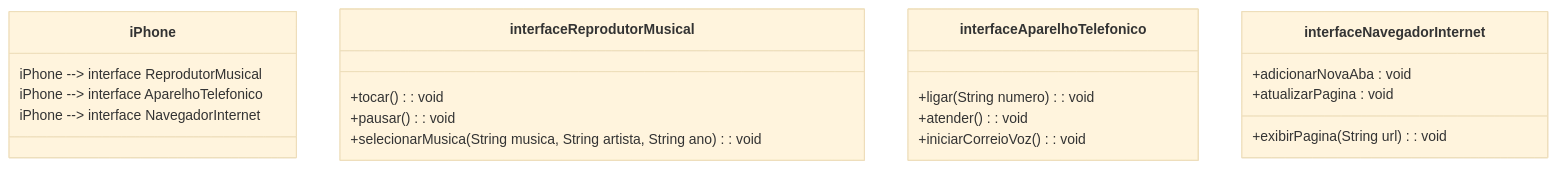
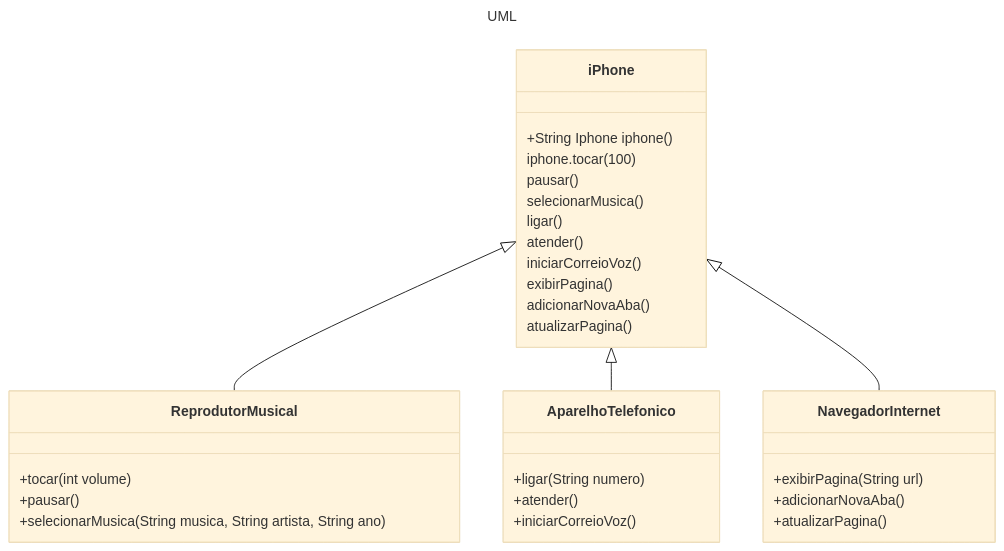
Before and after one commit to lipesc/dio_santander_2024_backend_java: the diagram in poodio/README.md, drawn with Mermaid (base theme).

Commit message:
Update README.md
update mermaid

````diff
--- a/poodio/README.md
+++ b/poodio/README.md
@@ -5,26 +5,38 @@
 ```mermaid
+---
+title: UML
+---
 classDiagram
-
-    class iPhone {
-    iPhone --> interface ReprodutorMusical
-    iPhone --> interface AparelhoTelefonico 
-    iPhone --> interface NavegadorInternet 
- }
-        class interface ReprodutorMusical {
-        +tocar() : void
-        +pausar() : void
-        +selecionarMusica(String musica, String artista, String ano) : void
-        }
-        class interface AparelhoTelefonico {
-        +ligar(String numero) : void
-        +atender() : void
-        +iniciarCorreioVoz() : void
-        }
-        class interface NavegadorInternet {
-        +exibirPagina(String url) : void
-        +adicionarNovaAba : void
-        +atualizarPagina : void
-        }
+  
+    iPhone<|-- ReprodutorMusical
+    
+    iPhone<|-- AparelhoTelefonico
+    iPhone<|-- NavegadorInternet
+    iPhone: +String Iphone iphone()
+    iPhone: iphone.tocar(100)
+    iPhone: pausar()
+    iPhone: selecionarMusica()
+    iPhone: ligar()
+    iPhone: atender()
+    iPhone: iniciarCorreioVoz()
+    iPhone: exibirPagina()
+    iPhone: adicionarNovaAba()
+    iPhone: atualizarPagina()
+    class ReprodutorMusical{
+        +tocar(int volume)
+        +pausar()
+        +selecionarMusica(String musica, String artista, String ano)
+    }
+    class AparelhoTelefonico{
+        +ligar(String numero)
+        +atender()
+        +iniciarCorreioVoz() 
+    }
+    class NavegadorInternet{
+        +exibirPagina(String url)
+        +adicionarNovaAba()
+        +atualizarPagina()
+    }
 
  
 ```
````
